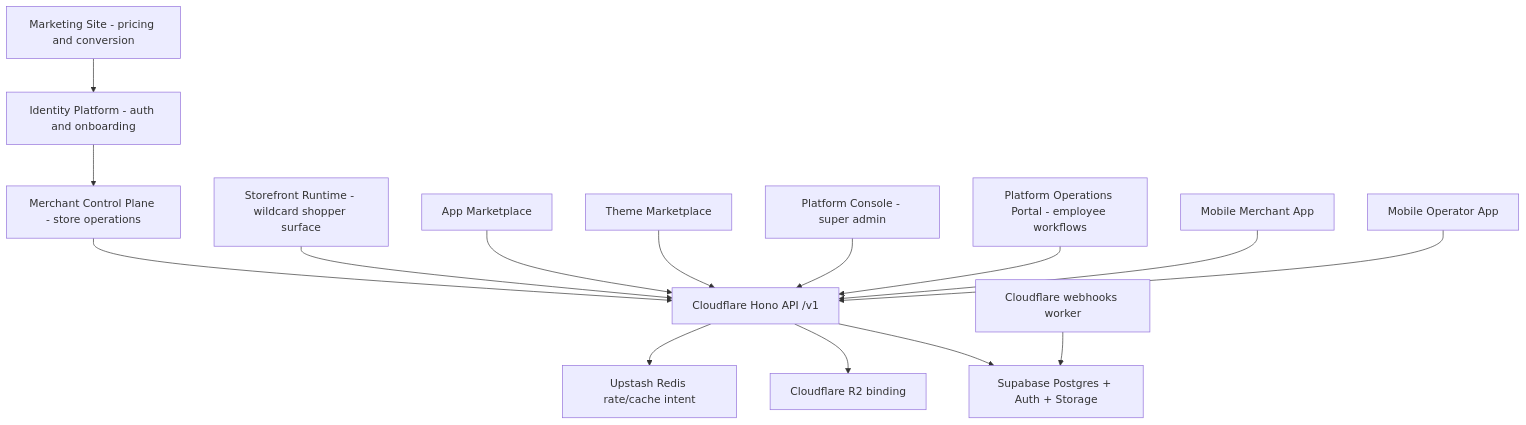
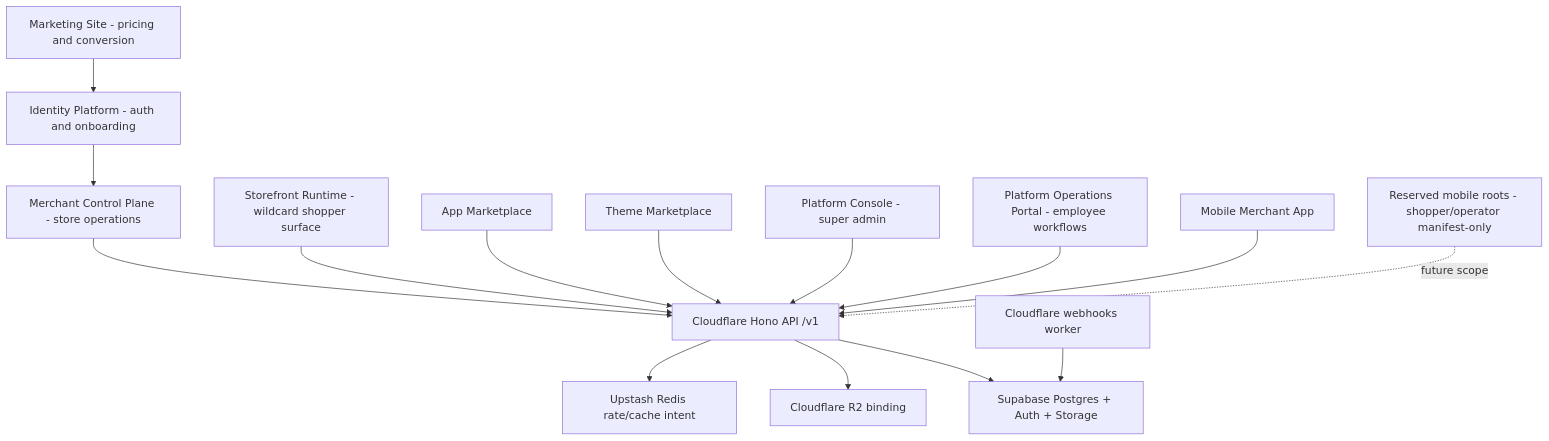
The diagram in AGENTS.md (SaaiSiddhu/LetBuyy), drawn with Mermaid before and after one commit. The commit also changed other lines of this file and 199 other files, not shown here.

Commit message:
docs(mobile): reconcile reserved mobile topology

````diff
--- a/AGENTS.md
+++ b/AGENTS.md
@@ -269,17 +269,17 @@
 ```mermaid
 flowchart TB
   Marketing["Marketing Site - pricing and conversion"] --> Identity["Identity Platform - auth and onboarding"]
   Identity --> Merchant["Merchant Control Plane - store operations"]
   Merchant --> API["Cloudflare Hono API /v1"]
   Storefront["Storefront Runtime - wildcard shopper surface"] --> API
   AppStore["App Marketplace"] --> API
   ThemeMarket["Theme Marketplace"] --> API
   Console["Platform Console - super admin"] --> API
   Operations["Platform Operations Portal - employee workflows"] --> API
   MobileMerchant["Mobile Merchant App"] --> API
-  MobileOperator["Mobile Operator App"] --> API
+  ReservedMobile["Reserved mobile roots - shopper/operator manifest-only"] -. future scope .-> API
   API --> Supabase["Supabase Postgres + Auth + Storage"]
   API --> R2["Cloudflare R2 binding"]
   API --> Redis["Upstash Redis rate/cache intent"]
   Webhooks["Cloudflare webhooks worker"] --> Supabase
 ```
````
